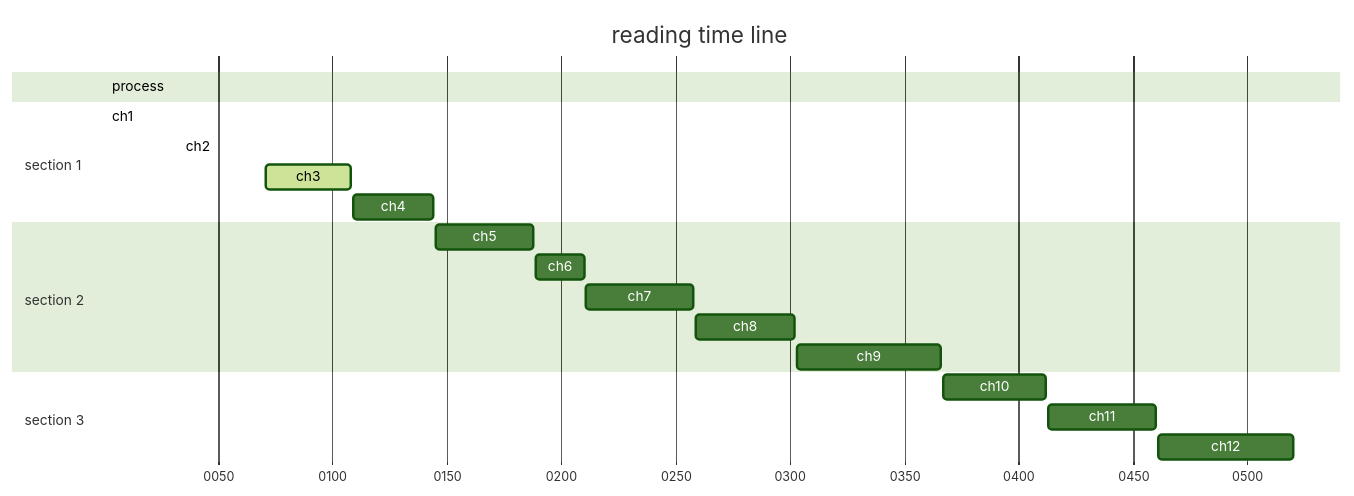
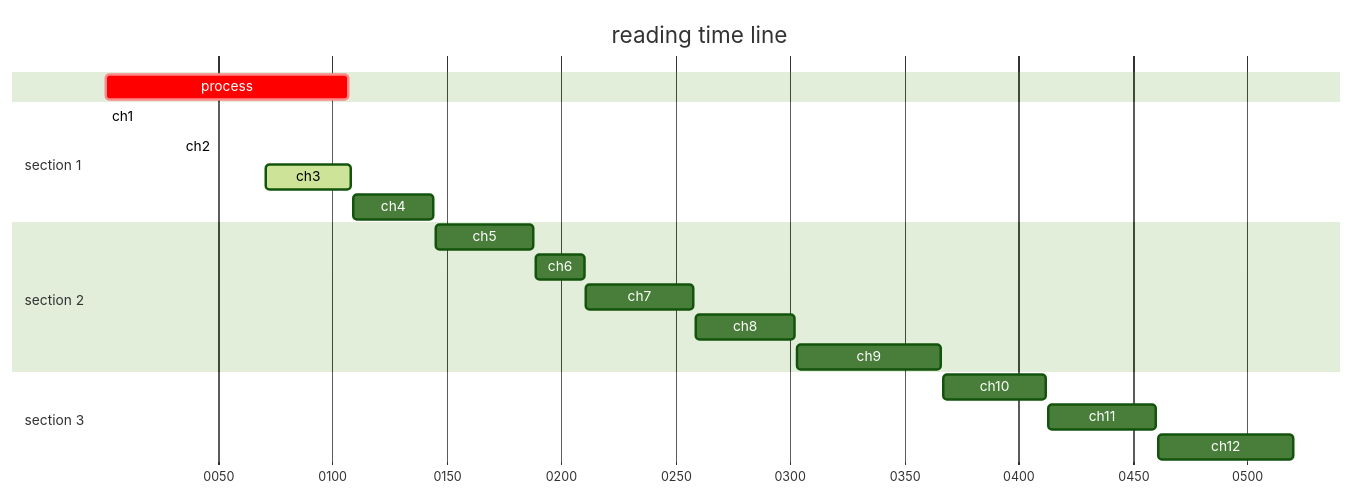
Before and after one commit to ywjpanda/Designing-Data-intensive-Applications: the fourth of 4 diagrams in README.md, drawn with Mermaid (forest theme). The commit also changed other lines of this file, not shown here.

````diff
--- a/README.md
+++ b/README.md
@@ -45,22 +51,22 @@
 ```mermaid
 gantt
 	dateFormat YYYY
 	axisFormat %Y
 	title reading time line
-	process: crit,0001,0085
+	process: crit,0001,0107
 	section section 1
 	ch1: done,0001,0032
 	ch2: done,0033,0070
 	ch3: active,0071,0108
 	ch4: 0109,0144
 	section section 2
 	ch5: 0145,0188
 	ch6: 0189,0210
 	ch7: 0211,0258
 	ch8: 0259,0302
 	ch9: 0303,0366
 	section section 3
 	ch10: 0367,0412
 	ch11: 0413,0460
 	ch12: 0461,0520
 ```
````
